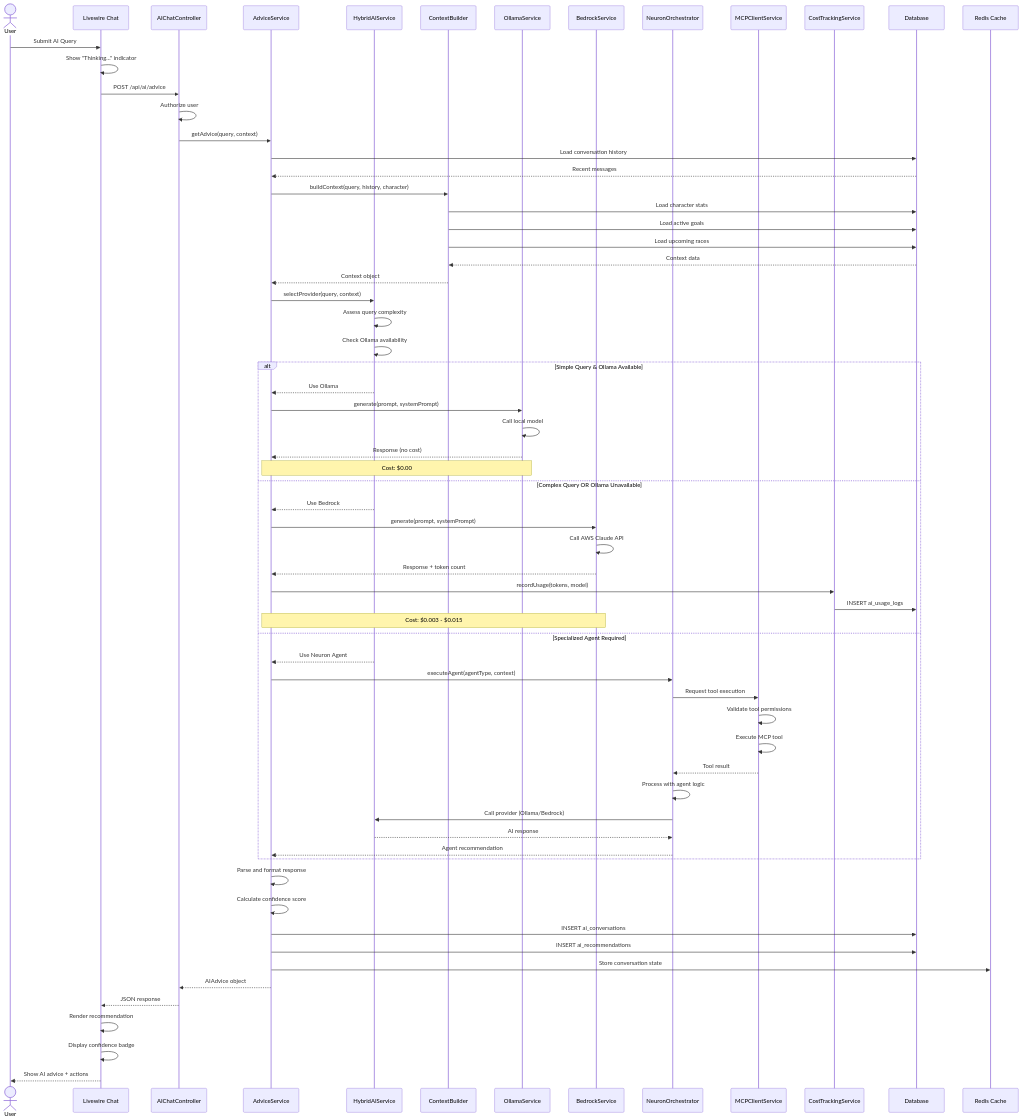
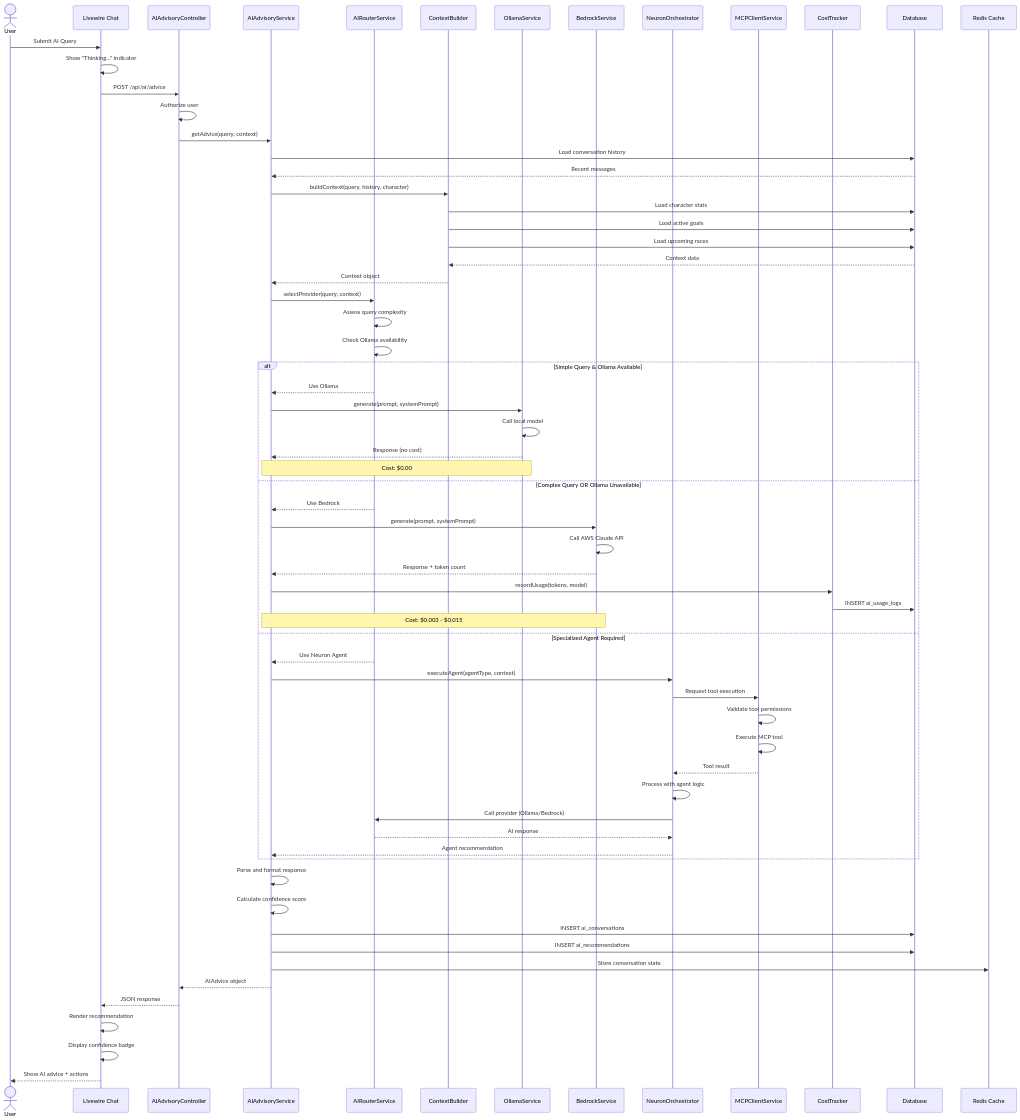
One commit to exatfrds67/umamusume-career-planner changed the first of 2 diagrams in docs/01-sequences/SEQ-006_AI_Advice_Generation.md. Above: the diagram before and after it, drawn with Mermaid. The commit also changed other lines of this file and 58 other files, not shown here.

Commit message:
docs(flow): fix markdownlint errors in diagrams, flows, sequences, tech-flow, user-flows, and wireframes

````diff
--- a/docs/01-sequences/SEQ-006_AI_Advice_Generation.md
+++ b/docs/01-sequences/SEQ-006_AI_Advice_Generation.md
@@ -138,78 +138,78 @@
 ```mermaid
 sequenceDiagram
     actor User
     participant UI as Livewire Chat
-    participant Controller as AIChatController
-    participant AdvisorySvc as AdviceService
-    participant Router as HybridAIService
+    participant Controller as AIAdvisoryController
+    participant AdvisorySvc as AIAdvisoryService
+    participant Router as AIRouterService
     participant ContextBuilder
     participant Ollama as OllamaService
     participant Bedrock as BedrockService
     participant Neuron as NeuronOrchestrator
     participant MCP as MCPClientService
-    participant CostTracker as CostTrackingService
+    participant CostTracker
     participant DB as Database
     participant Cache as Redis Cache
 
     User->>UI: Submit AI Query
     UI->>UI: Show "Thinking..." indicator
     UI->>Controller: POST /api/ai/advice
     Controller->>Controller: Authorize user
     Controller->>AdvisorySvc: getAdvice(query, context)
     
     AdvisorySvc->>DB: Load conversation history
     DB-->>AdvisorySvc: Recent messages
     
     AdvisorySvc->>ContextBuilder: buildContext(query, history, character)
     ContextBuilder->>DB: Load character stats
     ContextBuilder->>DB: Load active goals
     ContextBuilder->>DB: Load upcoming races
     DB-->>ContextBuilder: Context data
     ContextBuilder-->>AdvisorySvc: Context object
     
     AdvisorySvc->>Router: selectProvider(query, context)
     Router->>Router: Assess query complexity
     Router->>Router: Check Ollama availability
     
     alt Simple Query & Ollama Available
         Router-->>AdvisorySvc: Use Ollama
         AdvisorySvc->>Ollama: generate(prompt, systemPrompt)
         Ollama->>Ollama: Call local model
         Ollama-->>AdvisorySvc: Response (no cost)
         Note over AdvisorySvc,Ollama: Cost: $0.00
     else Complex Query OR Ollama Unavailable
         Router-->>AdvisorySvc: Use Bedrock
         AdvisorySvc->>Bedrock: generate(prompt, systemPrompt)
         Bedrock->>Bedrock: Call AWS Claude API
         Bedrock-->>AdvisorySvc: Response + token count
         AdvisorySvc->>CostTracker: recordUsage(tokens, model)
         CostTracker->>DB: INSERT ai_usage_logs
         Note over AdvisorySvc,Bedrock: Cost: $0.003 - $0.015
     else Specialized Agent Required
         Router-->>AdvisorySvc: Use Neuron Agent
         AdvisorySvc->>Neuron: executeAgent(agentType, context)
         
         Neuron->>MCP: Request tool execution
         MCP->>MCP: Validate tool permissions
         MCP->>MCP: Execute MCP tool
         MCP-->>Neuron: Tool result
         
         Neuron->>Neuron: Process with agent logic
         Neuron->>Router: Call provider (Ollama/Bedrock)
         Router-->>Neuron: AI response
         Neuron-->>AdvisorySvc: Agent recommendation
     end
     
     AdvisorySvc->>AdvisorySvc: Parse and format response
     AdvisorySvc->>AdvisorySvc: Calculate confidence score
     
     AdvisorySvc->>DB: INSERT ai_conversations
     AdvisorySvc->>DB: INSERT ai_recommendations
     AdvisorySvc->>Cache: Store conversation state
     
     AdvisorySvc-->>Controller: AIAdvice object
     Controller-->>UI: JSON response
     UI->>UI: Render recommendation
     UI->>UI: Display confidence badge
     UI-->>User: Show AI advice + actions
 ```
````
